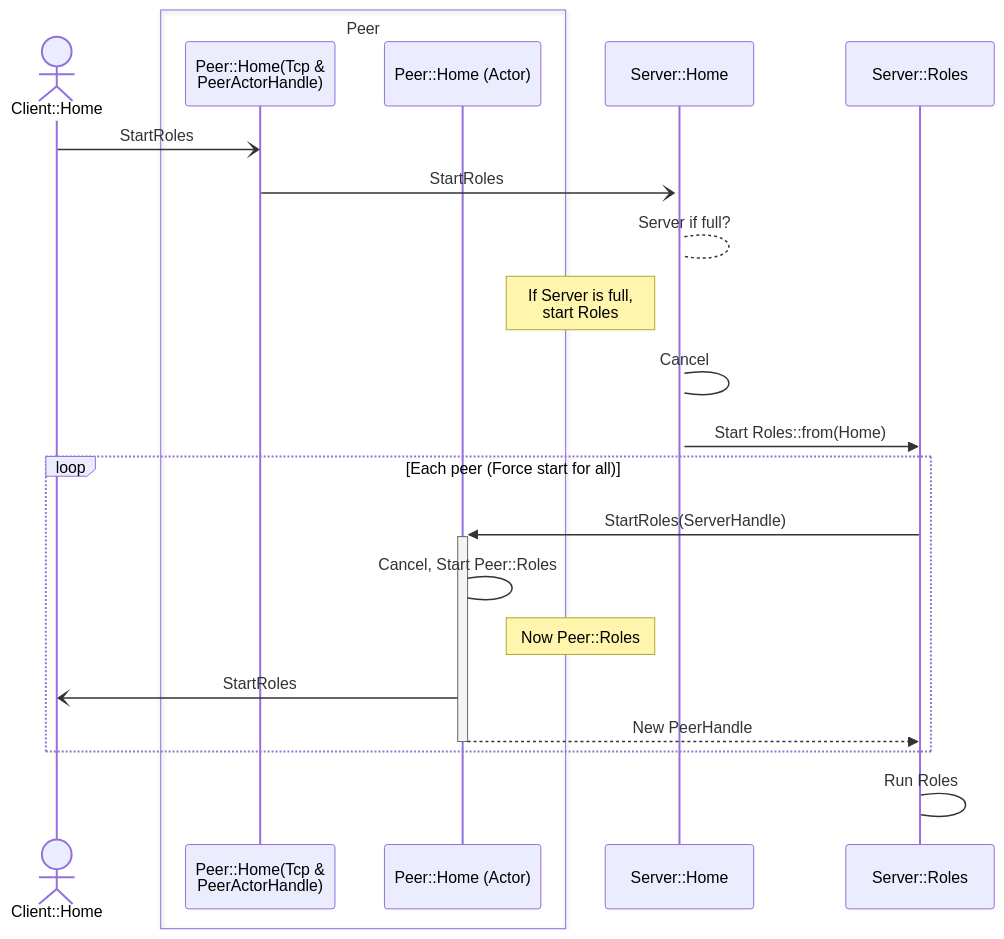
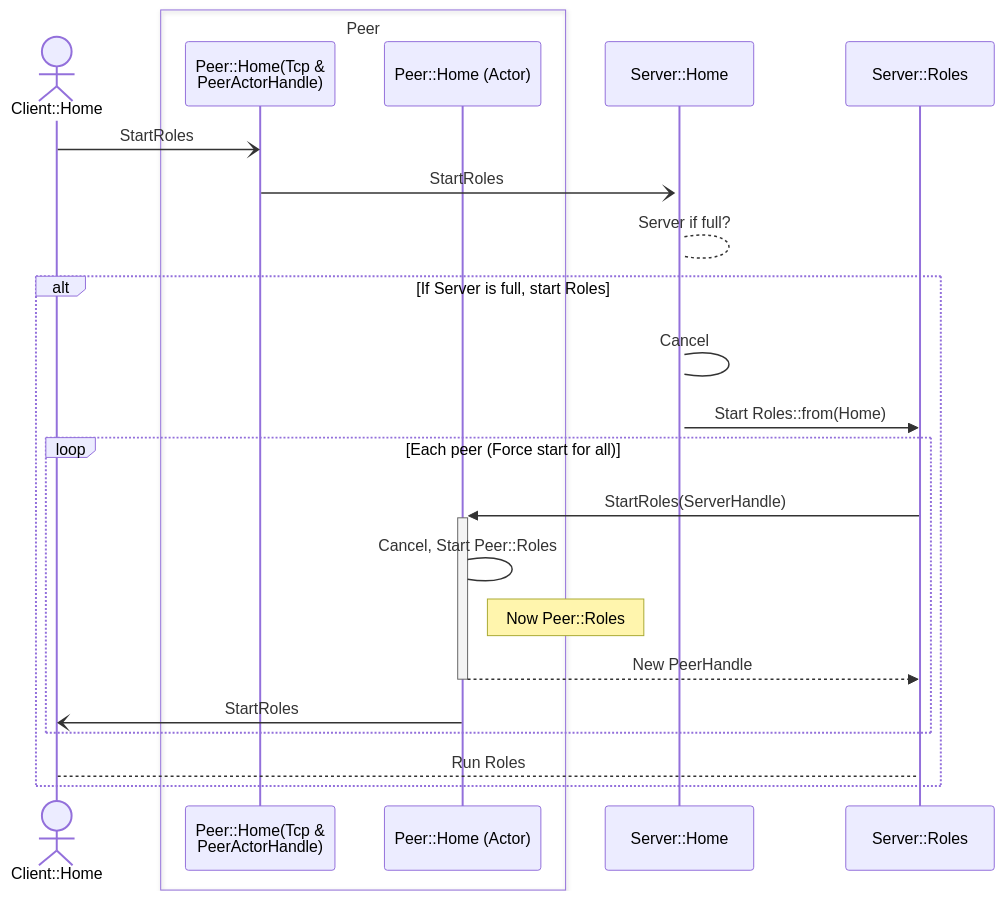
One commit to 39555/kobuleti changed the second of 4 diagrams in README.md. Above: the diagram before and after it, drawn with Mermaid. The commit also changed other lines of this file and 1 other file, not shown here.

Commit message:
docs: upd mermaid

````diff
--- a/README.md
+++ b/README.md
@@ -85,27 +85,28 @@
 ```mermaid
 sequenceDiagram
     actor C as Client::Home
     box Peer
         participant PC as Peer::Home(Tcp &<br/>PeerActorHandle)
         participant P as Peer::Home (Actor)
     end
     participant H as Server::Home
     
     C -)PC: StartRoles
     PC-)+H: StartRoles
     H-->H: Server if full?
-    Note left of H: If Server is full,<br/> start Roles
+    alt If Server is full, start Roles
     # cancel H
     H->H: Cancel
     participant R as Server::Roles
     H->>R: Start Roles::from(Home)
     loop Each peer (Force start for all)
         R->>+P: StartRoles(ServerHandle)
         P->P:  Cancel, Start Peer::Roles
-        Note left of H: Now Peer::Roles
+        Note right of P: Now Peer::Roles
+        P-->>-R: New PeerHandle
         P-)C: StartRoles
-        P-->>-R: New PeerHandle
     end
-    R->R: Run Roles
+    C-->R: Run Roles
+    end
 
 ```
````
